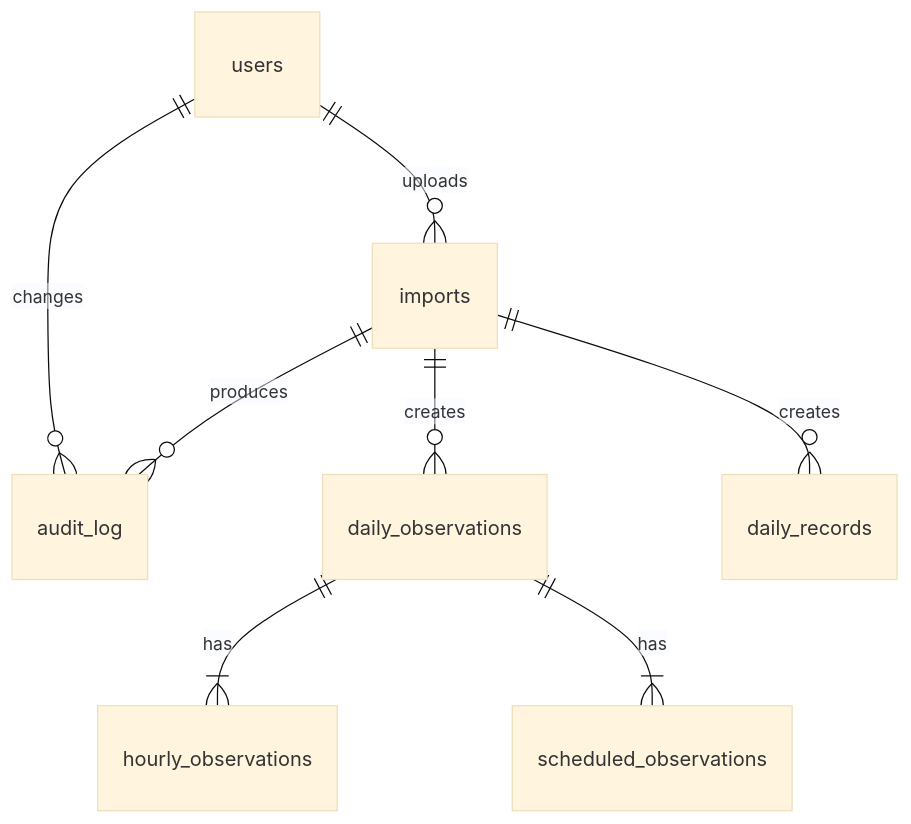
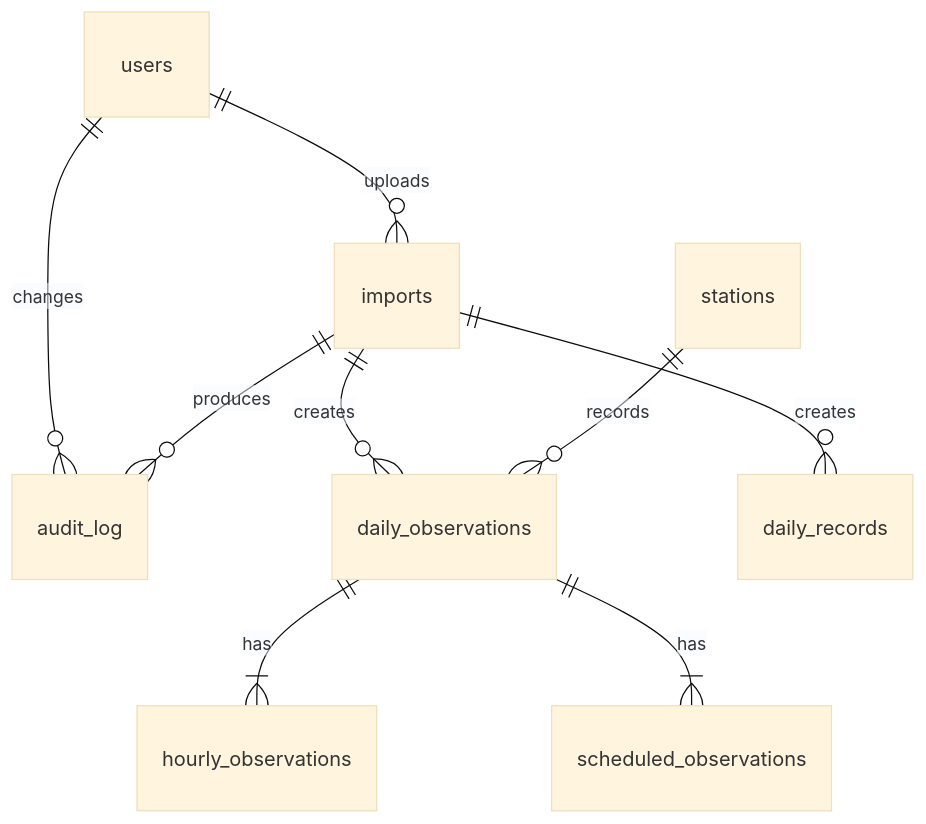
The diagram in docs/database-schema.md (Code-4-Community/bho), drawn with Mermaid (base theme) before and after one commit. The commit also changed other lines of this file, not shown here.

First line of the commit message:
Add stations and possible sunshine to schema doc; require importId

````diff
--- a/docs/database-schema.md
+++ b/docs/database-schema.md
@@ -14,10 +14,11 @@
 ```mermaid
 erDiagram
   users ||--o{ imports : uploads
   users ||--o{ audit_log : changes
   imports ||--o{ audit_log : produces
   imports ||--o{ daily_observations : creates
   imports ||--o{ daily_records : creates
+  stations ||--o{ daily_observations : records
   daily_observations ||--|{ hourly_observations : has
   daily_observations ||--|{ scheduled_observations : has
 ```
````
